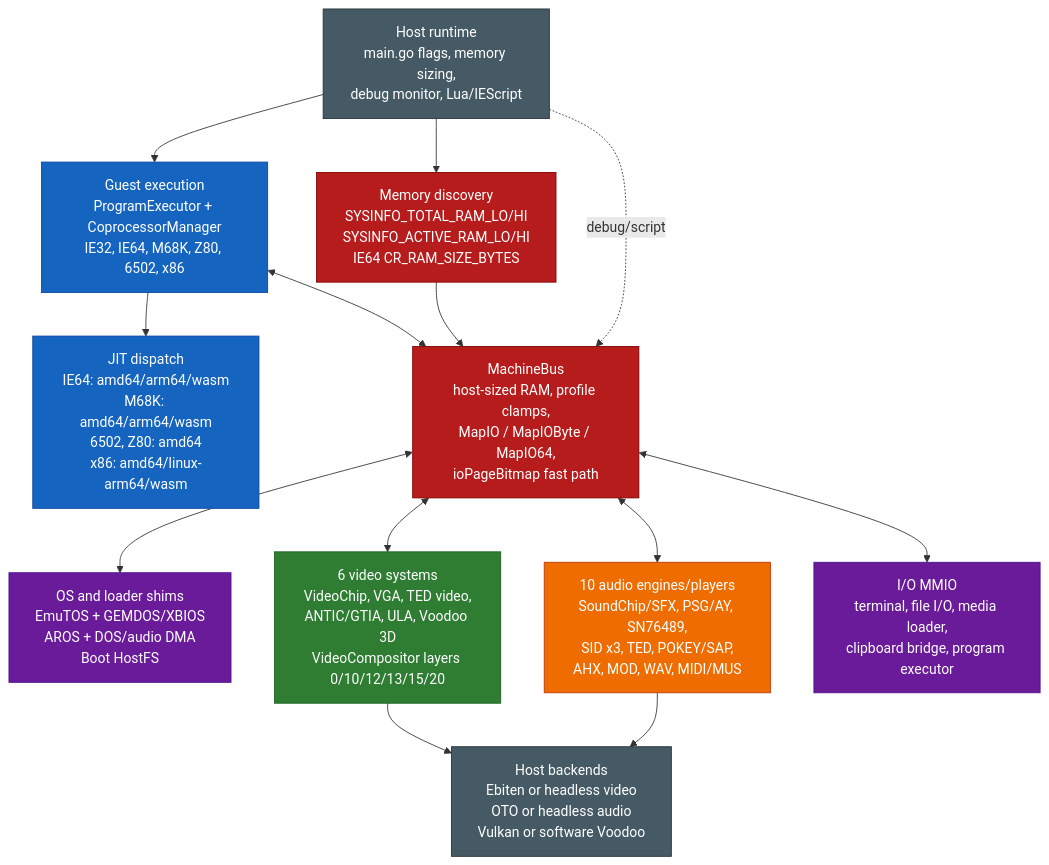
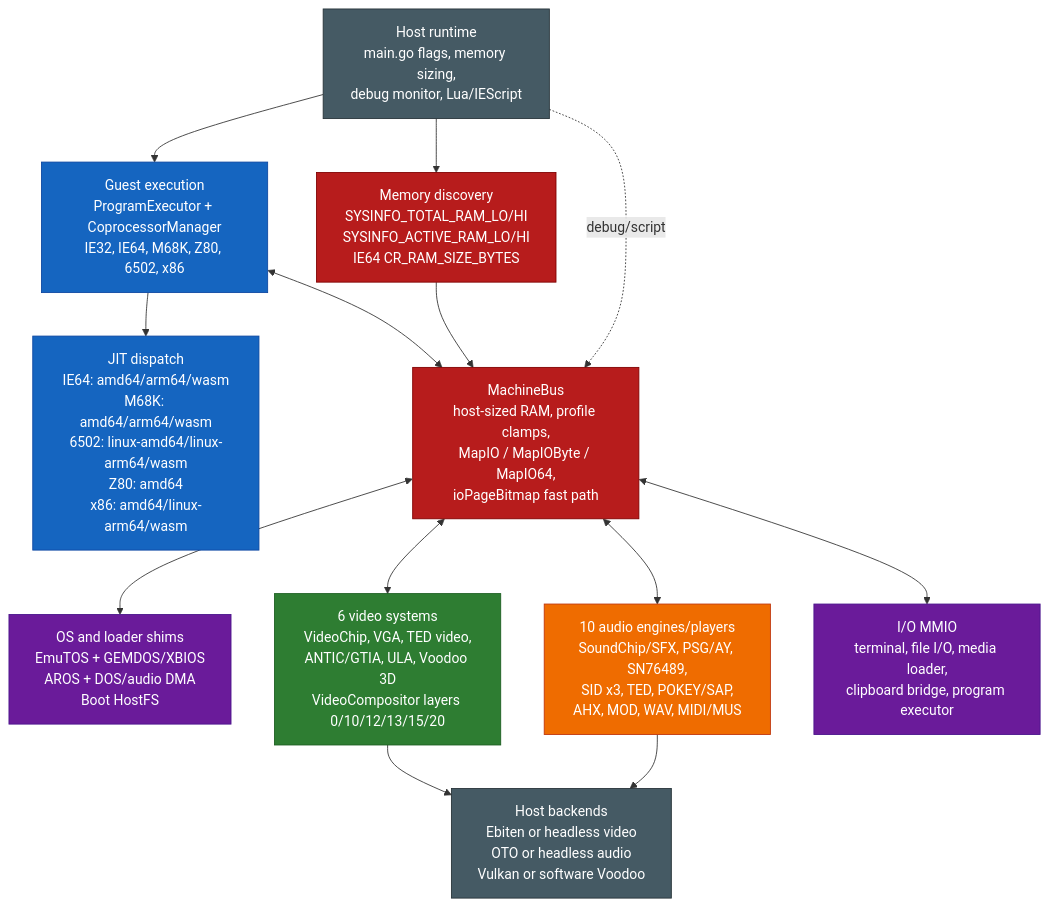
Before and after one commit to IntuitionAmiga/IntuitionEngine: the second of 12 diagrams in sdk/docs/architecture.md, drawn with Mermaid. The commit also changed other lines of this file and 41 other files, not shown here.

First line of the commit message:
6502/jit: add Linux native and wasm execution backends

````diff
--- a/sdk/docs/architecture.md
+++ b/sdk/docs/architecture.md
@@ -288,40 +288,40 @@
 ```mermaid
 flowchart TB
     HOST["Host runtime<br/>main.go flags, memory sizing,<br/>debug monitor, Lua/IEScript"]
     EXEC["Guest execution<br/>ProgramExecutor + CoprocessorManager<br/>IE32, IE64, M68K, Z80, 6502, x86"]
-    JIT["JIT dispatch<br/>IE64: amd64/arm64/wasm<br/>M68K: amd64/arm64/wasm<br/>6502, Z80: amd64<br/>x86: amd64/linux-arm64/wasm"]
+    JIT["JIT dispatch<br/>IE64: amd64/arm64/wasm<br/>M68K: amd64/arm64/wasm<br/>6502: linux-amd64/linux-arm64/wasm<br/>Z80: amd64<br/>x86: amd64/linux-arm64/wasm"]
     BUS["MachineBus<br/>host-sized RAM, profile clamps,<br/>MapIO / MapIOByte / MapIO64,<br/>ioPageBitmap fast path"]
     MEM["Memory discovery<br/>SYSINFO_TOTAL_RAM_LO/HI<br/>SYSINFO_ACTIVE_RAM_LO/HI<br/>IE64 CR_RAM_SIZE_BYTES"]
     OS["OS and loader shims<br/>EmuTOS + GEMDOS/XBIOS<br/>AROS + DOS/audio DMA<br/>Boot HostFS"]
     VIDEO["6 video systems<br/>VideoChip, VGA, TED video,<br/>ANTIC/GTIA, ULA, Voodoo 3D<br/>VideoCompositor layers 0/10/12/13/15/20"]
     AUDIO["10 audio engines/players<br/>SoundChip/SFX, PSG/AY, SN76489,<br/>SID x3, TED, POKEY/SAP,<br/>AHX, MOD, WAV, MIDI/MUS"]
     IO["I/O MMIO<br/>terminal, file I/O, media loader,<br/>clipboard bridge, program executor"]
     BACKEND["Host backends<br/>Ebiten or headless video<br/>OTO or headless audio<br/>Vulkan or software Voodoo"]
 
     HOST --> EXEC
     HOST --> MEM
     EXEC --> JIT
     EXEC <--> BUS
     MEM --> BUS
     BUS <--> OS
     BUS <--> VIDEO
     BUS <--> AUDIO
     BUS <--> IO
     VIDEO --> BACKEND
     AUDIO --> BACKEND
     HOST -. debug/script .-> BUS
 
     classDef host fill:#455A64,stroke:#263238,color:#fff
     classDef cpu fill:#1565C0,stroke:#0D47A1,color:#fff
     classDef bus fill:#B71C1C,stroke:#7F0000,color:#fff
     classDef os fill:#6A1B9A,stroke:#4A148C,color:#fff
     classDef video fill:#2E7D32,stroke:#1B5E20,color:#fff
     classDef audio fill:#EF6C00,stroke:#BF360C,color:#fff
 
     class HOST,BACKEND host
     class EXEC,JIT cpu
     class BUS,MEM bus
     class OS,IO os
     class VIDEO video
     class AUDIO audio
 ```
````
